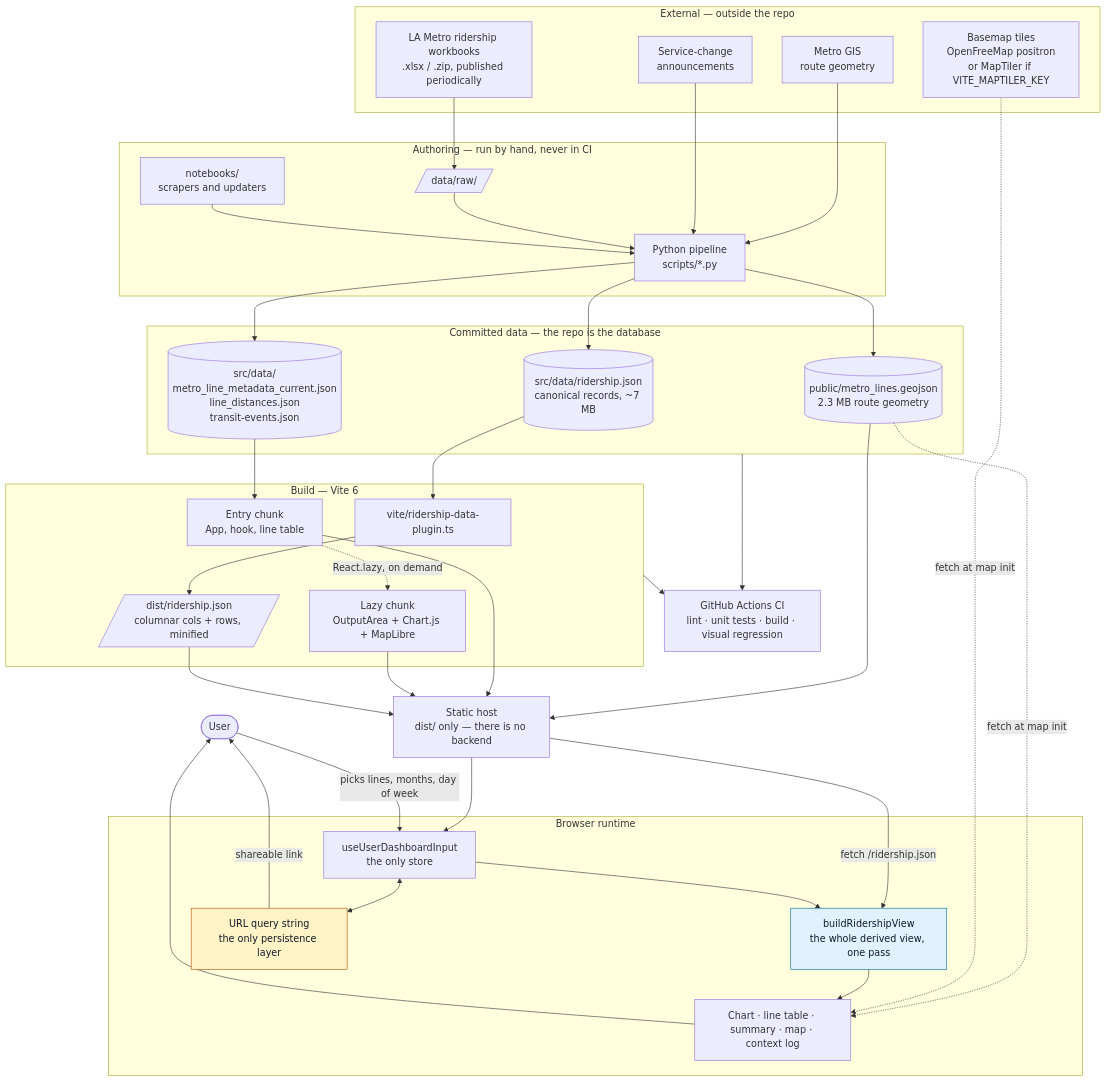
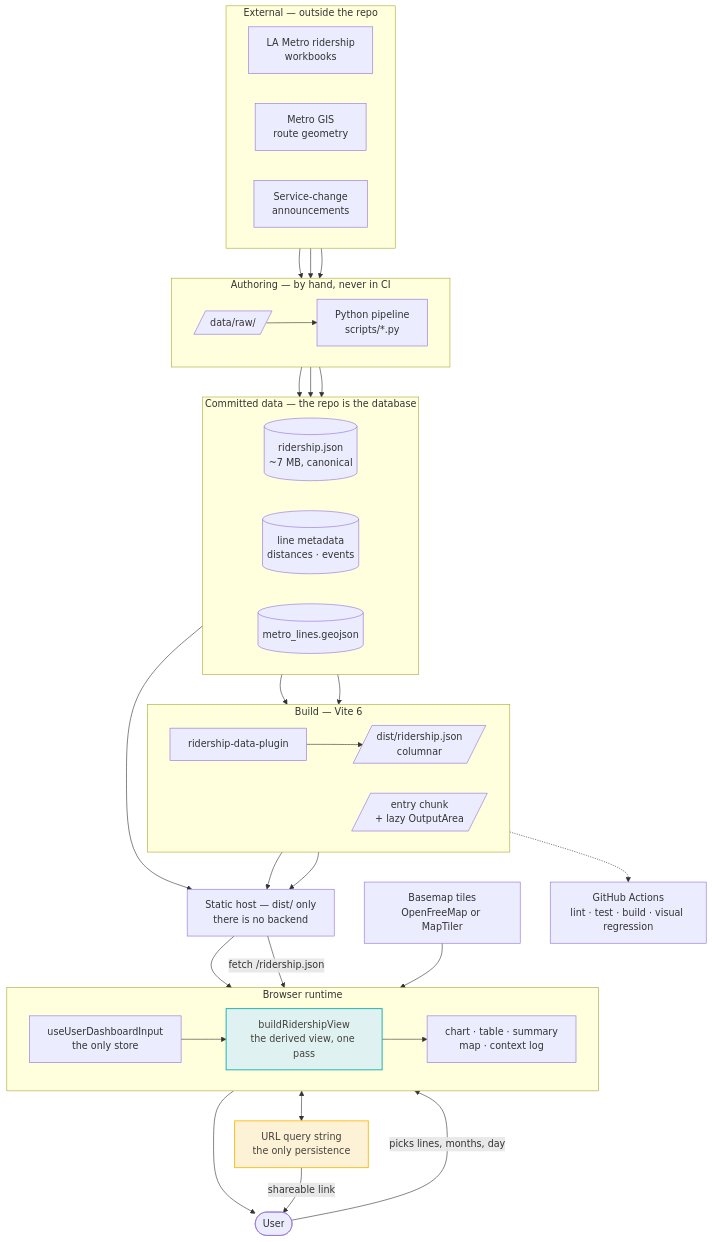
One commit to streetsforall/metro_ridership_app changed the first of 21 diagrams in docs/architecture/diagrams.md. Above: the diagram before and after it, drawn with Mermaid. The commit also changed other lines of this file and 38 other files, not shown here.

First line of the commit message:
docs: redraw the diagrams in the app's palette, and unstick CLAUDE.md

````diff
--- a/docs/architecture/diagrams.md
+++ b/docs/architecture/diagrams.md
@@ -45,79 +49,75 @@
 ```mermaid
 flowchart TB
-  user(["User"])
-
   subgraph ext["External — outside the repo"]
-    metroXlsx["LA Metro ridership workbooks<br/>.xlsx / .zip, published periodically"]
+    direction LR
+    metroXlsx["LA Metro ridership<br/>workbooks"]
     metroGis["Metro GIS<br/>route geometry"]
     announce["Service-change<br/>announcements"]
-    tiles["Basemap tiles<br/>OpenFreeMap positron<br/>or MapTiler if VITE_MAPTILER_KEY"]
   end
 
-  subgraph authoring["Authoring — run by hand, never in CI"]
+  subgraph authoring["Authoring — by hand, never in CI"]
+    direction LR
     raw[/"data/raw/"/]
     py["Python pipeline<br/>scripts/*.py"]
-    nb["notebooks/<br/>scrapers and updaters"]
+    raw --> py
   end
 
   subgraph committed["Committed data — the repo is the database"]
-    canonical[("src/data/ridership.json<br/>canonical records, ~7 MB")]
-    meta[("src/data/<br/>metro_line_metadata_current.json<br/>line_distances.json<br/>transit-events.json")]
-    geo[("public/metro_lines.geojson<br/>2.3 MB route geometry")]
+    direction LR
+    canonical[("ridership.json<br/>~7 MB, canonical")]
+    meta[("line metadata<br/>distances · events")]
+    geo[("metro_lines.geojson")]
   end
 
   subgraph build["Build — Vite 6"]
-    plugin["vite/ridership-data-plugin.ts"]
-    entry["Entry chunk<br/>App, hook, line table"]
-    lazychunk["Lazy chunk<br/>OutputArea + Chart.js + MapLibre"]
-    columnar[/"dist/ridership.json<br/>columnar cols + rows, minified"/]
+    direction LR
+    plugin["ridership-data-plugin"]
+    columnar[/"dist/ridership.json<br/>columnar"/]
+    chunks[/"entry chunk<br/>+ lazy OutputArea"/]
+    plugin --> columnar
   end
 
-  host["Static host<br/>dist/ only — there is no backend"]
+  host["Static host — dist/ only<br/>there is no backend"]
 
   subgraph browser["Browser runtime"]
+    direction LR
     hook["useUserDashboardInput<br/>the only store"]
-    view["buildRidershipView<br/>the whole derived view, one pass"]
-    ui["Chart · line table · summary · map · context log"]
-    urlbar["URL query string<br/>the only persistence layer"]
+    view["buildRidershipView<br/>the derived view, one pass"]
+    ui["chart · table · summary<br/>map · context log"]
+    hook --> view --> ui
   end
 
-  ci["GitHub Actions CI<br/>lint · unit tests · build · visual regression"]
+  urlbar["URL query string<br/>the only persistence"]
+  user(["User"])
+  tiles["Basemap tiles<br/>OpenFreeMap or MapTiler"]
+  ci["GitHub Actions<br/>lint · test · build · visual regression"]
 
   metroXlsx --> raw
   metroGis --> py
   announce --> py
-  raw --> py
-  nb --> py
   py --> canonical
   py --> meta
   py --> geo
 
   canonical --> plugin
-  plugin --> columnar
-  meta --> entry
+  meta --> chunks
+  columnar --> host
+  chunks --> host
   geo --> host
-  entry --> host
-  lazychunk --> host
-  columnar --> host
-  entry -. "React.lazy, on demand" .-> lazychunk
 
+  host --> hook
   host -- "fetch /ridership.json" --> view
-  host --> hook
-  geo -. "fetch at map init" .-> ui
-  tiles -. "fetch at map init" .-> ui
+  tiles --> ui
 
-  user -- "picks lines, months, day of week" --> hook
-  hook --> view
-  view --> ui
   ui --> user
+  user -- "picks lines, months, day" --> hook
   hook <--> urlbar
   urlbar -- "shareable link" --> user
 
-  committed --> ci
-  build --> ci
+  chunks -.-> ci
 
-  classDef unbuilt fill:#fef3c7,stroke:#b45309,color:#111827
-  classDef seam fill:#e0f2fe,stroke:#0369a1,color:#111827
-  class view seam
-  class urlbar unbuilt
+  classDef key fill:#dff2f1,stroke:#0fada8,stroke-width:1.5px,color:#44403c
+  classDef pending fill:#fdf2d6,stroke:#fdb913,stroke-width:1.5px,color:#44403c
+  class view key
+  class urlbar pending
 ```
````
